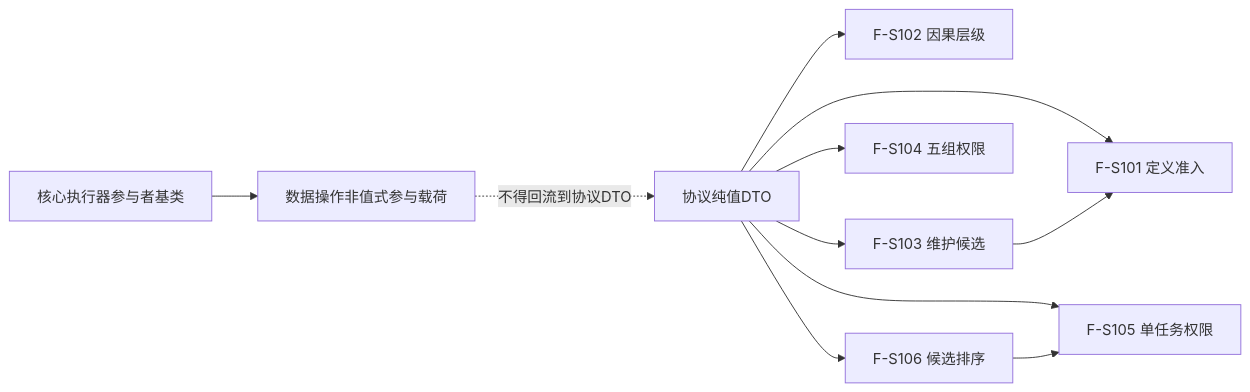
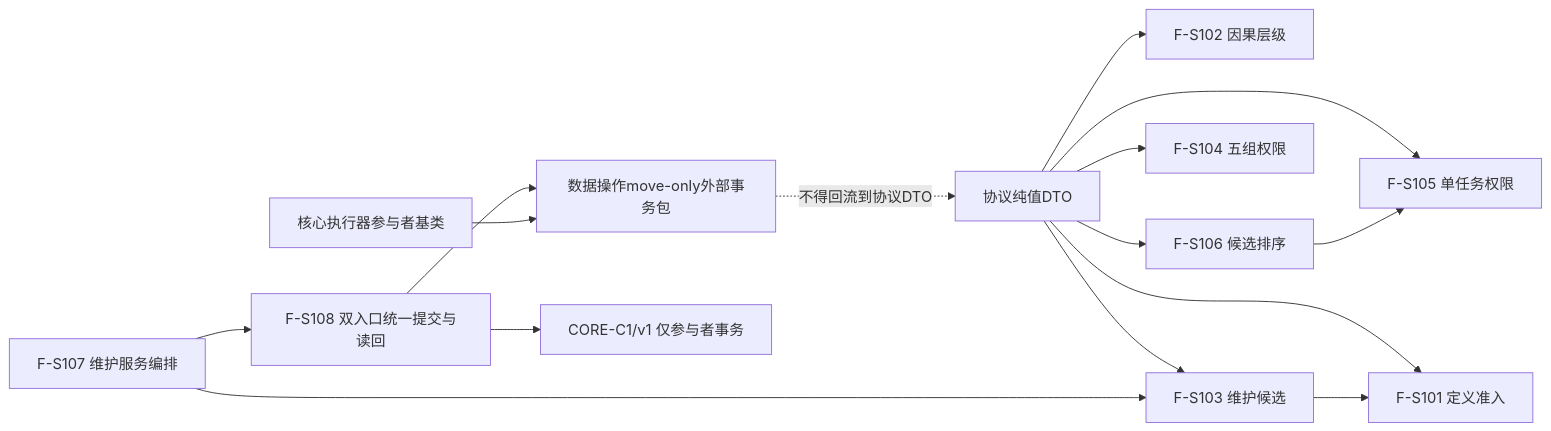
One commit to chunhaizh-cyber/HY-Ego changed the fifth of 8 diagrams in 规范/详细设计/函数结构知识图谱/20260724_SAFETY-PRIORITY_分层安全值维护与因果任务优先级函数结构知识图谱.md. Above: the diagram before and after it, drawn with Mermaid. The commit also changed other lines of this file and 20 other files, not shown here.

````diff
--- a/规范/详细设计/函数结构知识图谱/20260724_SAFETY-PRIORITY_分层安全值维护与因果任务优先级函数结构知识图谱.md
+++ b/规范/详细设计/函数结构知识图谱/20260724_SAFETY-PRIORITY_分层安全值维护与因果任务优先级函数结构知识图谱.md
@@ -211,22 +217,29 @@
 ```mermaid
 flowchart LR
     DTO["协议纯值DTO"]
     CORE["核心执行器参与者基类"]
-    DATA["数据操作非值式参与载荷"]
+    DATA["数据操作move-only外部事务包"]
     FS101["F-S101 定义准入"]
     FS102["F-S102 因果层级"]
     FS103["F-S103 维护候选"]
     FS104["F-S104 五组权限"]
     FS105["F-S105 单任务权限"]
     FS106["F-S106 候选排序"]
+    FS107["F-S107 维护服务编排"]
+    FS108["F-S108 双入口统一提交与读回"]
+    COREC1["CORE-C1/v1 仅参与者事务"]
     DTO --> FS101
     DTO --> FS102
     DTO --> FS103
     DTO --> FS104
     DTO --> FS105
     DTO --> FS106
     FS103 --> FS101
     FS106 --> FS105
+    FS107 --> FS103
+    FS107 --> FS108
+    FS108 --> DATA
+    FS108 --> COREC1
     CORE --> DATA
     DATA -. "不得回流到协议DTO" .-> DTO
 ```
````
